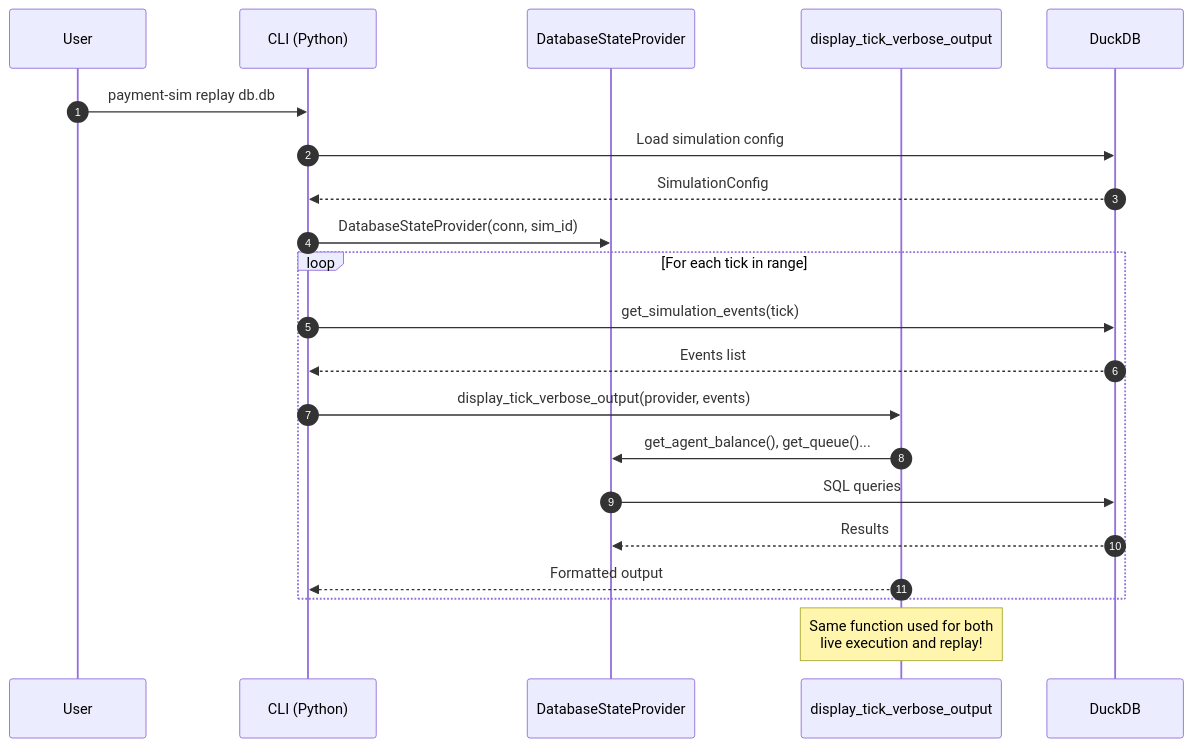
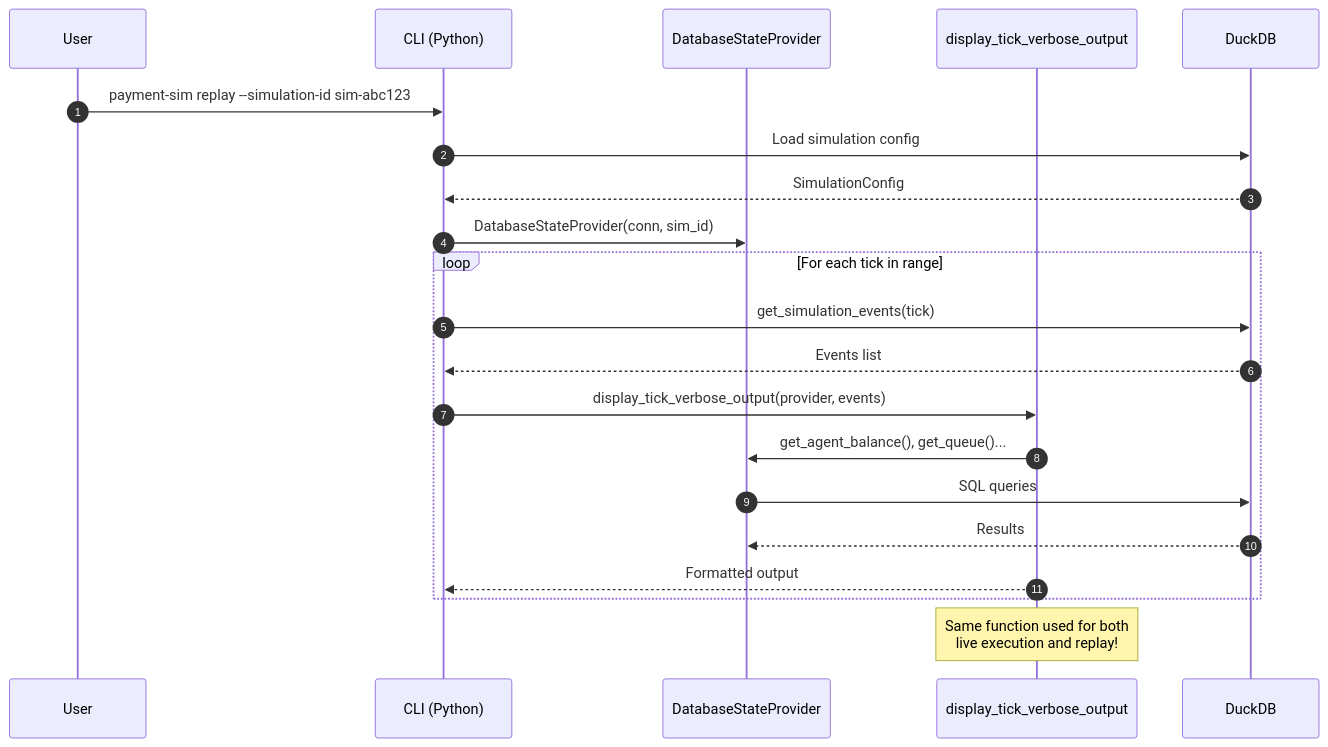
The fourth of 12 diagrams in docs/reference/architecture/01-system-overview.md (aerugo/SimCash), drawn with Mermaid before and after one commit. The commit also changed 6 other files, not shown here.

First line of the commit message:
docs: update CLI examples to use --simulation-id pattern

````diff
--- a/docs/reference/architecture/01-system-overview.md
+++ b/docs/reference/architecture/01-system-overview.md
@@ -190,27 +190,27 @@
 ```mermaid
 sequenceDiagram
     autonumber
     participant User
     participant CLI as CLI (Python)
     participant Provider as DatabaseStateProvider
     participant Display as display_tick_verbose_output
     participant DB as DuckDB
 
-    User->>CLI: payment-sim replay db.db
+    User->>CLI: payment-sim replay --simulation-id sim-abc123
     CLI->>DB: Load simulation config
     DB-->>CLI: SimulationConfig
 
     CLI->>Provider: DatabaseStateProvider(conn, sim_id)
 
     loop For each tick in range
         CLI->>DB: get_simulation_events(tick)
         DB-->>CLI: Events list
         CLI->>Display: display_tick_verbose_output(provider, events)
         Display->>Provider: get_agent_balance(), get_queue()...
         Provider->>DB: SQL queries
         DB-->>Provider: Results
         Display-->>CLI: Formatted output
     end
 
     Note over Display: Same function used for both<br/>live execution and replay!
 ```
````
